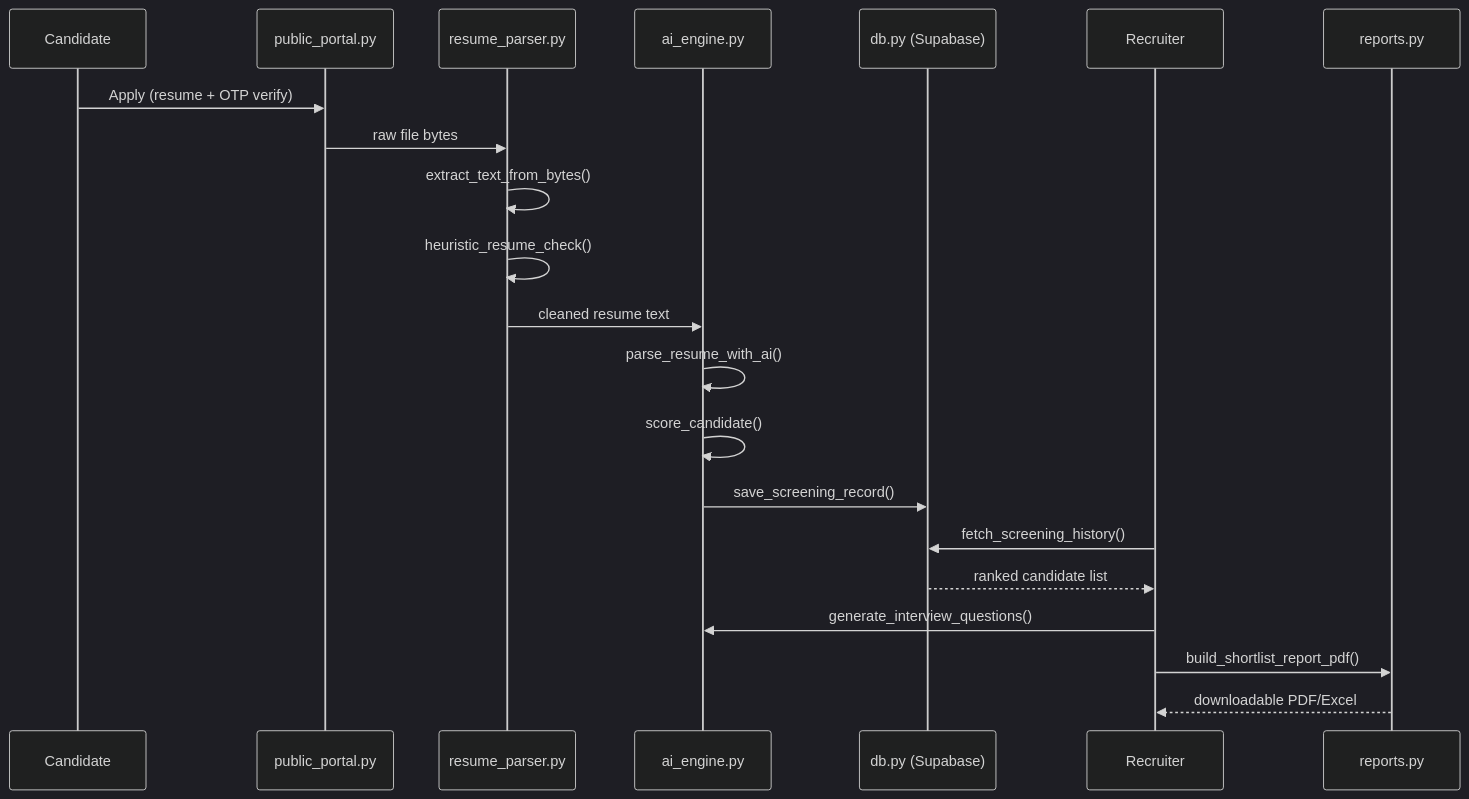
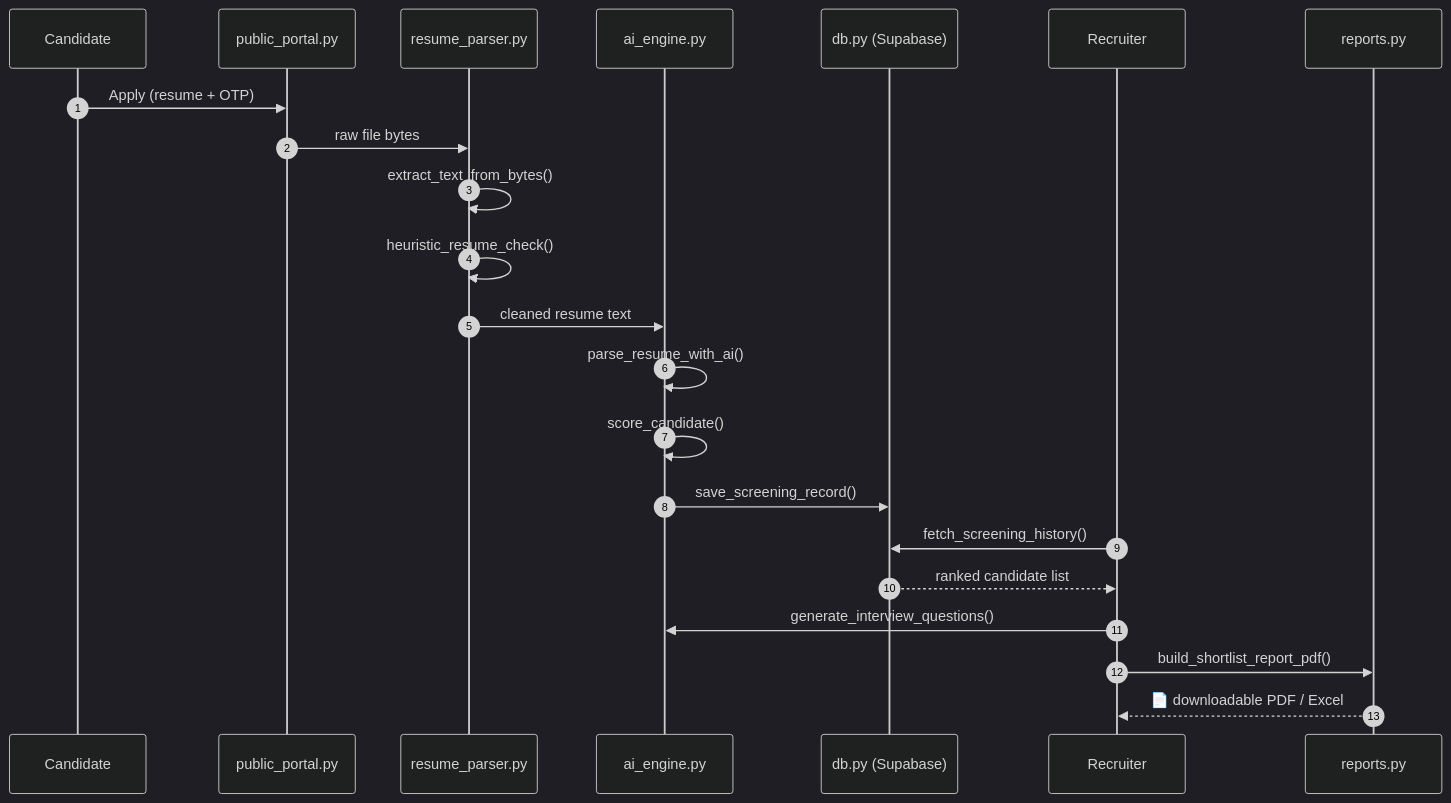
Before and after one commit to irfanshafi21/icd-platform: the second of 2 diagrams in README.md, drawn with Mermaid (dark theme). The commit also changed other lines of this file, not shown here.

````diff
--- a/README.md
+++ b/README.md
@@ -69,24 +210,25 @@
 ```mermaid
 sequenceDiagram
-    participant Candidate
+    autonumber
+    participant 🧑 as Candidate
     participant Portal as public_portal.py
     participant Parser as resume_parser.py
     participant AI as ai_engine.py
     participant DB as db.py (Supabase)
-    participant Recruiter
+    participant 👤 as Recruiter
     participant Reports as reports.py
 
-    Candidate->>Portal: Apply (resume + OTP verify)
+    🧑->>Portal: Apply (resume + OTP)
     Portal->>Parser: raw file bytes
     Parser->>Parser: extract_text_from_bytes()
     Parser->>Parser: heuristic_resume_check()
     Parser->>AI: cleaned resume text
     AI->>AI: parse_resume_with_ai()
     AI->>AI: score_candidate()
     AI->>DB: save_screening_record()
-    Recruiter->>DB: fetch_screening_history()
-    DB-->>Recruiter: ranked candidate list
-    Recruiter->>AI: generate_interview_questions()
-    Recruiter->>Reports: build_shortlist_report_pdf()
-    Reports-->>Recruiter: downloadable PDF/Excel
+    👤->>DB: fetch_screening_history()
+    DB-->>👤: ranked candidate list
+    👤->>AI: generate_interview_questions()
+    👤->>Reports: build_shortlist_report_pdf()
+    Reports-->>👤: 📄 downloadable PDF / Excel
 ```
````
